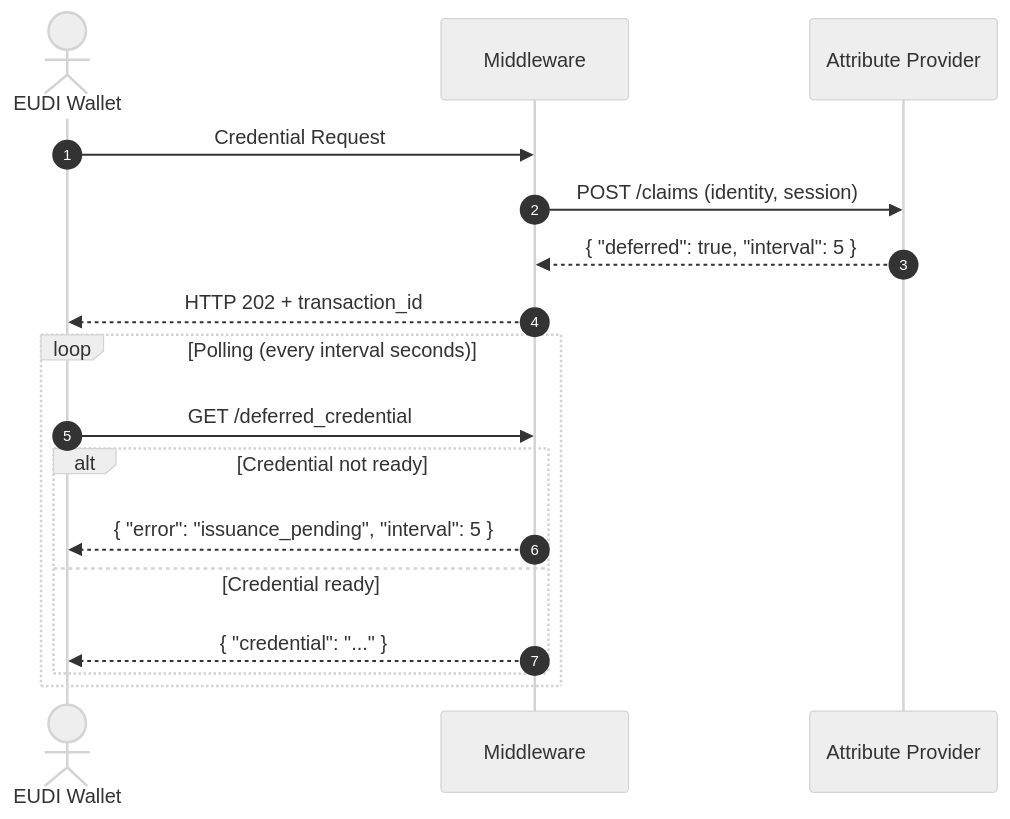
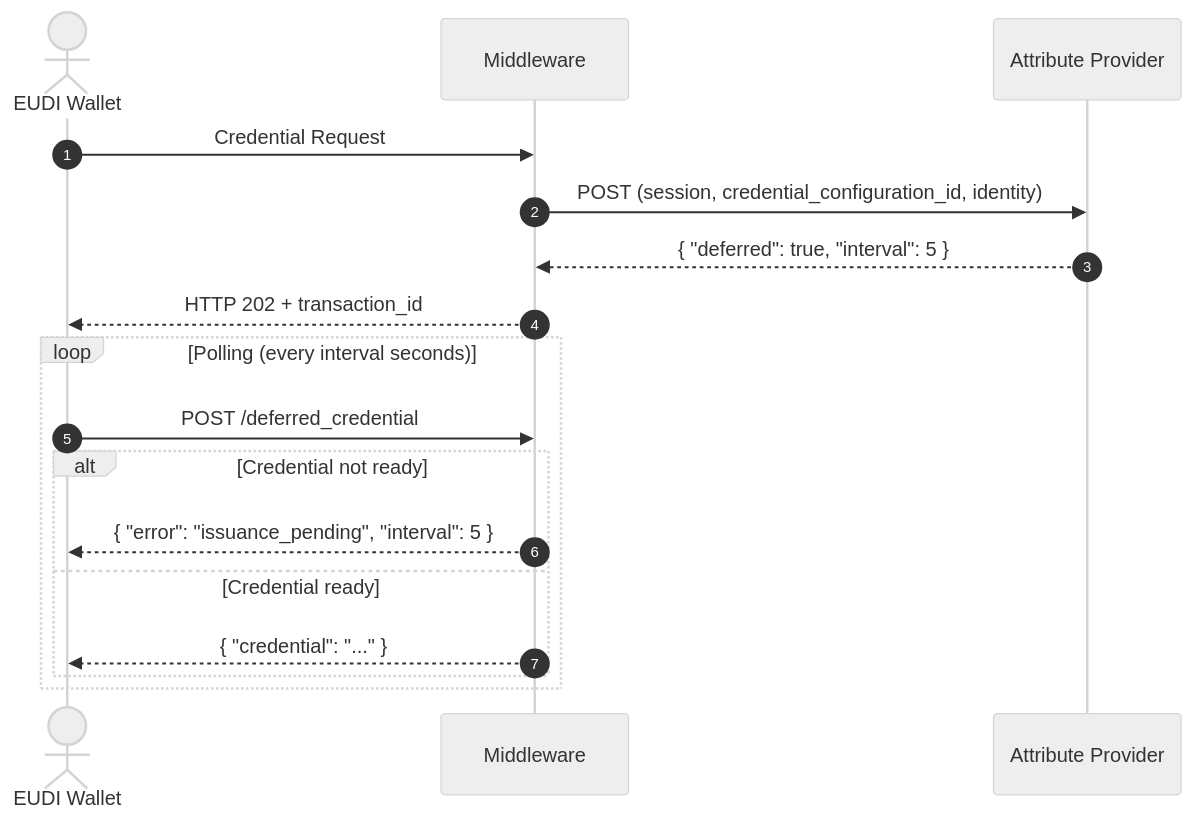
Before and after one commit to Cypher-CP0/eudiplo: the second of 2 diagrams in apps/docs/docs/architecture/extension-points/attribute-providers.md, drawn with Mermaid (neutral theme). The commit also changed other lines of this file and 3 other files, not shown here.

First line of the commit message:
docs(architecture): correct extension point pages (#1094)

````diff
--- a/apps/docs/docs/architecture/extension-points/attribute-providers.md
+++ b/apps/docs/docs/architecture/extension-points/attribute-providers.md
@@ -127,21 +171,21 @@
 ```mermaid
 sequenceDiagram
     autonumber
     actor Wallet as EUDI Wallet
     participant EUDIPLO as Middleware
     participant AP as Attribute Provider
 
     Wallet->>EUDIPLO: Credential Request
-    EUDIPLO->>AP: POST /claims (identity, session)
+    EUDIPLO->>AP: POST (session, credential_configuration_id, identity)
     AP-->>EUDIPLO: { "deferred": true, "interval": 5 }
     EUDIPLO-->>Wallet: HTTP 202 + transaction_id
 
     loop Polling (every interval seconds)
-        Wallet->>EUDIPLO: GET /deferred_credential
+        Wallet->>EUDIPLO: POST /deferred_credential
         alt Credential not ready
             EUDIPLO-->>Wallet: { "error": "issuance_pending", "interval": 5 }
         else Credential ready
             EUDIPLO-->>Wallet: { "credential": "..." }
         end
     end
 ```
````
